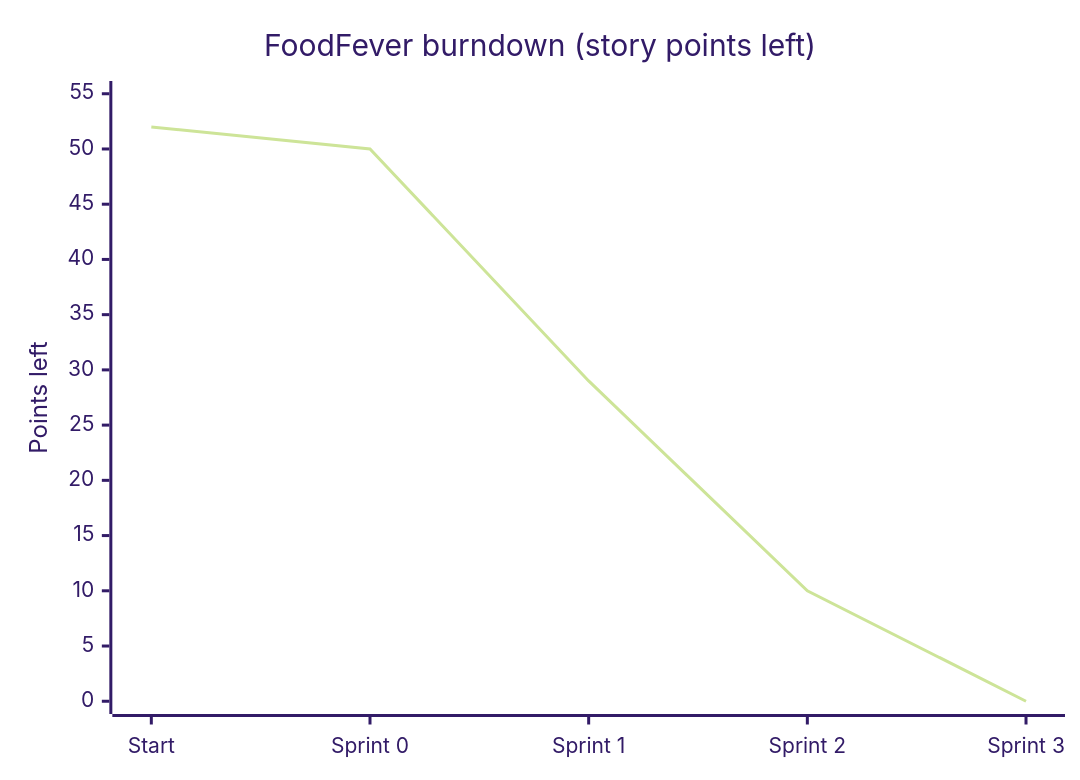
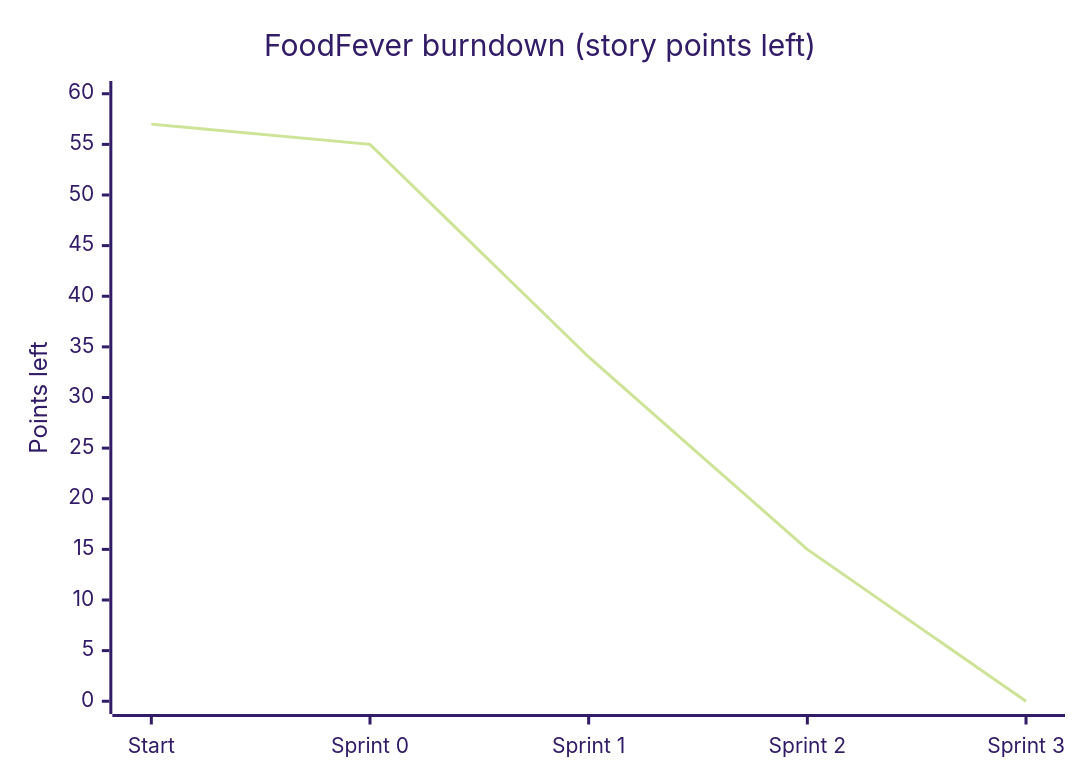
The diagram in docs/report/03-methodology-and-planning.md (Veercoding/Foodfever), drawn with Mermaid (forest theme) before and after one commit. The commit also changed other lines of this file, not shown here.

````diff
--- a/docs/report/03-methodology-and-planning.md
+++ b/docs/report/03-methodology-and-planning.md
@@ -123,7 +126,7 @@
 ```mermaid
 xychart-beta
     title "FoodFever burndown (story points left)"
     x-axis ["Start", "Sprint 0", "Sprint 1", "Sprint 2", "Sprint 3"]
-    y-axis "Points left" 0 --> 55
-    line [52, 50, 29, 10, 0]
+    y-axis "Points left" 0 --> 60
+    line [57, 55, 34, 15, 0]
 ```
````
